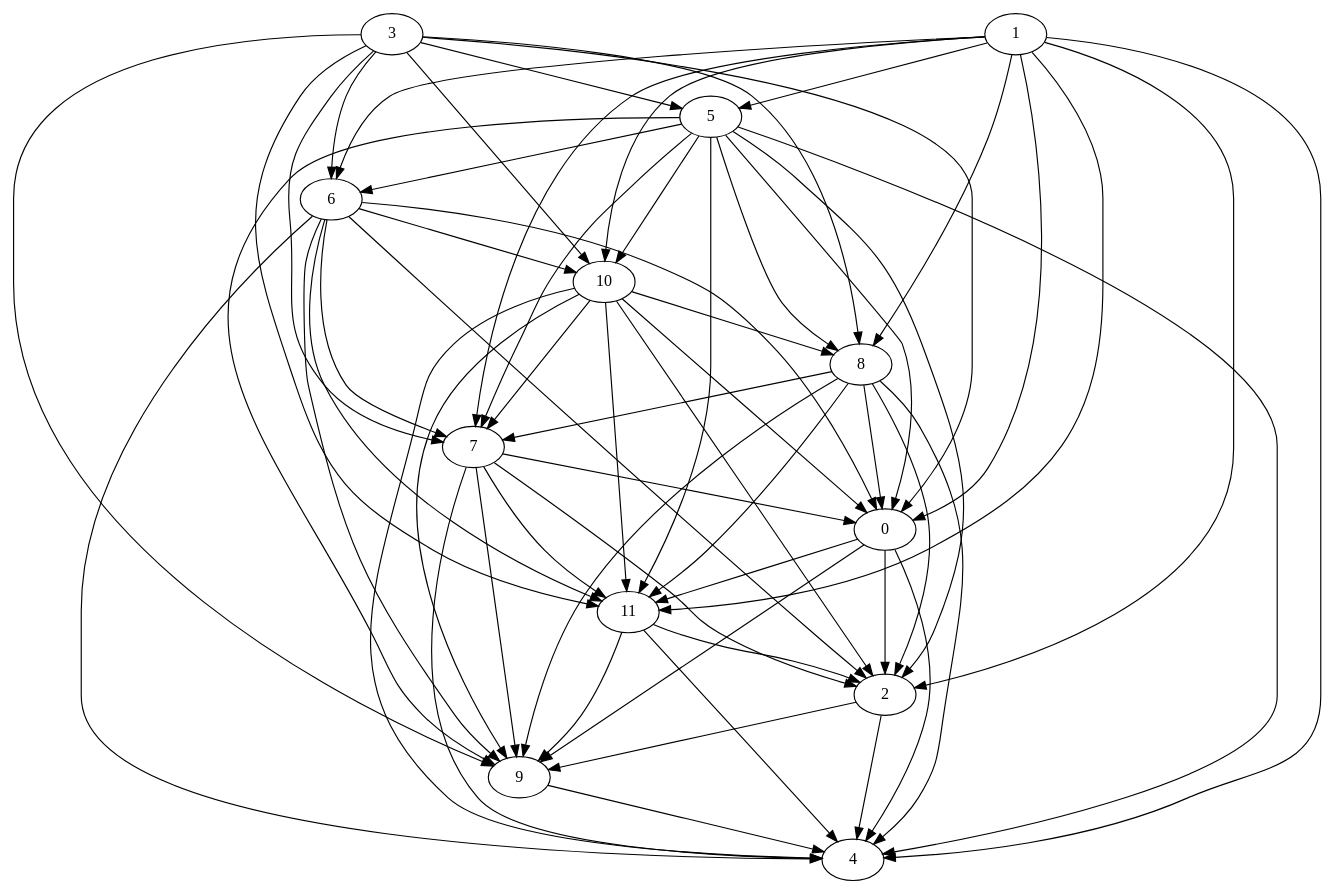
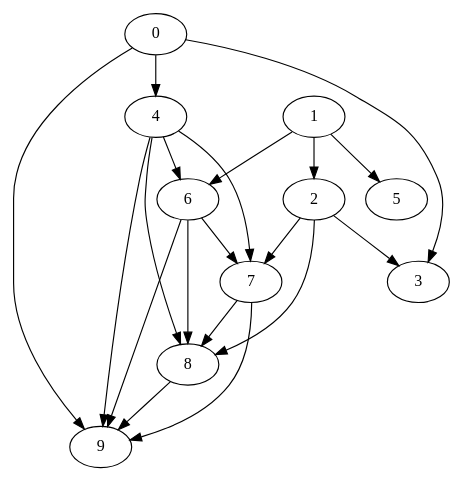
The diagram in src/main/resources/dotfiles/random/Random_Graph.dot (zsuh022/process-scheduler), drawn with Graphviz before and after one commit. The commit also changed 4 other files, not shown here.

```diff
--- a/src/main/resources/dotfiles/random/Random_Graph.dot
+++ b/src/main/resources/dotfiles/random/Random_Graph.dot
@@ -1,75 +1,31 @@
 digraph {
-	"0" ["Weight"=188];
-	"11" ["Weight"=418];
-	"1" ["Weight"=983];
-	"2" ["Weight"=507];
-	"3" ["Weight"=366];
-	"4" ["Weight"=960];
-	"5" ["Weight"=277];
-	"6" ["Weight"=332];
-	"7" ["Weight"=958];
-	"8" ["Weight"=359];
-	"9" ["Weight"=616];
-	"10" ["Weight"=923];
-	"8" -> "9" ["Weight"=256];
-	"0" -> "2" ["Weight"=336];
-	"0" -> "4" ["Weight"=653];
-	"0" -> "9" ["Weight"=145];
-	"1" -> "10" ["Weight"=147];
-	"1" -> "11" ["Weight"=221];
-	"3" -> "10" ["Weight"=984];
-	"11" -> "2" ["Weight"=429];
-	"3" -> "11" ["Weight"=668];
-	"5" -> "10" ["Weight"=569];
-	"11" -> "4" ["Weight"=450];
-	"5" -> "11" ["Weight"=411];
-	"7" -> "11" ["Weight"=305];
-	"11" -> "9" ["Weight"=116];
-	"5" -> "0" ["Weight"=833];
-	"9" -> "4" ["Weight"=392];
-	"5" -> "2" ["Weight"=368];
-	"1" -> "0" ["Weight"=747];
-	"5" -> "4" ["Weight"=682];
-	"1" -> "2" ["Weight"=771];
-	"5" -> "6" ["Weight"=912];
-	"5" -> "7" ["Weight"=217];
-	"1" -> "4" ["Weight"=566];
-	"5" -> "8" ["Weight"=980];
-	"1" -> "5" ["Weight"=253];
-	"5" -> "9" ["Weight"=986];
-	"1" -> "6" ["Weight"=820];
-	"1" -> "7" ["Weight"=927];
-	"1" -> "8" ["Weight"=698];
-	"6" -> "0" ["Weight"=542];
-	"6" -> "2" ["Weight"=725];
-	"6" -> "4" ["Weight"=897];
-	"6" -> "7" ["Weight"=717];
-	"2" -> "4" ["Weight"=635];
-	"6" -> "9" ["Weight"=758];
-	"2" -> "9" ["Weight"=764];
-	"0" -> "11" ["Weight"=753];
-	"6" -> "10" ["Weight"=687];
-	"6" -> "11" ["Weight"=646];
-	"8" -> "11" ["Weight"=367];
-	"7" -> "0" ["Weight"=130];
-	"7" -> "2" ["Weight"=377];
-	"3" -> "0" ["Weight"=122];
-	"7" -> "4" ["Weight"=907];
-	"3" -> "5" ["Weight"=148];
-	"7" -> "9" ["Weight"=130];
-	"3" -> "6" ["Weight"=910];
-	"3" -> "7" ["Weight"=581];
-	"3" -> "8" ["Weight"=984];
-	"3" -> "9" ["Weight"=178];
-	"10" -> "11" ["Weight"=516];
-	"10" -> "0" ["Weight"=930];
-	"10" -> "2" ["Weight"=918];
-	"10" -> "4" ["Weight"=739];
-	"8" -> "0" ["Weight"=452];
-	"10" -> "7" ["Weight"=201];
-	"10" -> "8" ["Weight"=813];
-	"8" -> "2" ["Weight"=807];
-	"10" -> "9" ["Weight"=502];
-	"8" -> "4" ["Weight"=153];
-	"8" -> "7" ["Weight"=957];
+	"0" ["Weight"=6];
+	"1" ["Weight"=5];
+	"2" ["Weight"=5];
+	"3" ["Weight"=10];
+	"4" ["Weight"=3];
+	"5" ["Weight"=7];
+	"6" ["Weight"=8];
+	"7" ["Weight"=3];
+	"8" ["Weight"=8];
+	"9" ["Weight"=8];
+	"1" -> "2" ["Weight"=48];
+	"2" -> "3" ["Weight"=10];
+	"6" -> "7" ["Weight"=15];
+	"7" -> "8" ["Weight"=15];
+	"8" -> "9" ["Weight"=39];
+	"4" -> "6" ["Weight"=10];
+	"6" -> "8" ["Weight"=39];
+	"7" -> "9" ["Weight"=34];
+	"0" -> "3" ["Weight"=34];
+	"4" -> "7" ["Weight"=48];
+	"6" -> "9" ["Weight"=29];
+	"0" -> "4" ["Weight"=24];
+	"1" -> "5" ["Weight"=19];
+	"4" -> "8" ["Weight"=48];
+	"1" -> "6" ["Weight"=39];
+	"2" -> "7" ["Weight"=48];
+	"4" -> "9" ["Weight"=39];
+	"2" -> "8" ["Weight"=48];
+	"0" -> "9" ["Weight"=44];
 }
```
